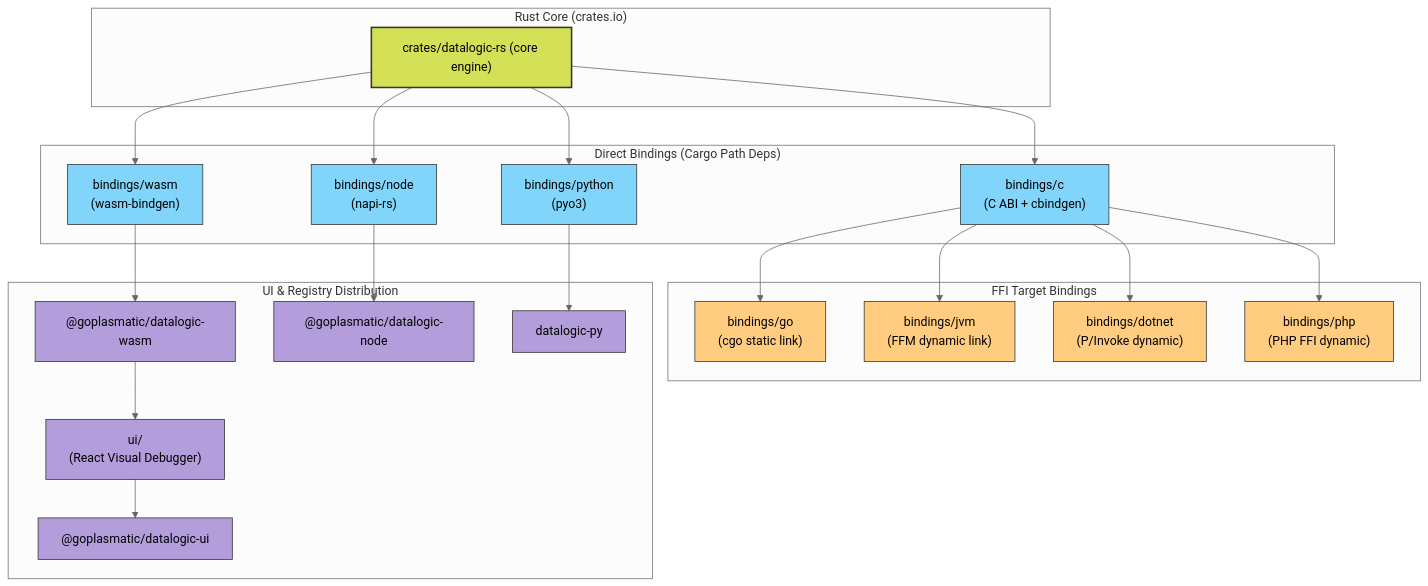
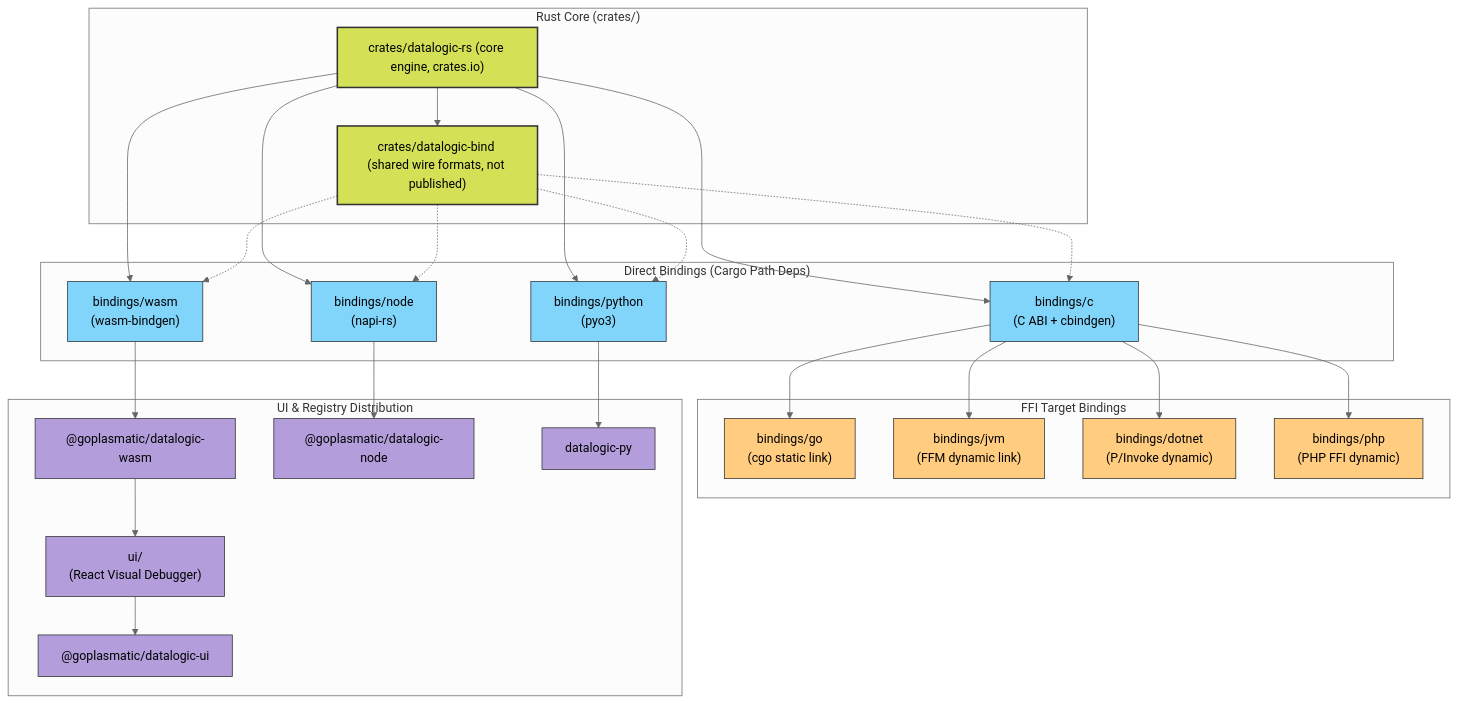
One commit to GoPlasmatic/datalogic-rs changed the first of 2 diagrams in ARCHITECTURE.md. Above: the diagram before and after it, drawn with Mermaid (neutral theme). The commit also changed other lines of this file and 94 other files, not shown here.

````diff
--- a/ARCHITECTURE.md
+++ b/ARCHITECTURE.md
@@ -6,60 +6,66 @@
 ```mermaid
 graph TD
     %% Core Engine
-    subgraph Core ["Rust Core (crates.io)"]
-        Engine["crates/datalogic-rs (core engine)"]
+    subgraph Core ["Rust Core (crates/)"]
+        Engine["crates/datalogic-rs (core engine, crates.io)"]
+        Bind["crates/datalogic-bind (shared wire formats, not published)"]
     end
 
     %% Direct Bindings
     subgraph Direct ["Direct Bindings (Cargo Path Deps)"]
         WASM["bindings/wasm <br> (wasm-bindgen)"]
         Node["bindings/node <br> (napi-rs)"]
         Python["bindings/python <br> (pyo3)"]
         C_FFI["bindings/c <br> (C ABI + cbindgen)"]
     end
 
     %% FFI Consumers
     subgraph Consumers ["FFI Target Bindings"]
         Go["bindings/go <br> (cgo static link)"]
         JVM["bindings/jvm <br> (FFM dynamic link)"]
         DotNet["bindings/dotnet <br> (P/Invoke dynamic)"]
         PHP["bindings/php <br> (PHP FFI dynamic)"]
     end
 
     %% Ecosystem / UI
     subgraph UI_Ecosystem ["UI & Registry Distribution"]
         UI["ui/ <br> (React Visual Debugger)"]
         NPM_WASM["@goplasmatic/datalogic-wasm"]
         NPM_NODE["@goplasmatic/datalogic-node"]
         PyPI["datalogic-py"]
         NPM_UI["@goplasmatic/datalogic-ui"]
     end
 
     %% Relationships
+    Engine --> Bind
     Engine --> WASM
     Engine --> Node
     Engine --> Python
     Engine --> C_FFI
-    
+    Bind -.-> WASM
+    Bind -.-> Node
+    Bind -.-> Python
+    Bind -.-> C_FFI
+
     C_FFI --> Go
     C_FFI --> JVM
     C_FFI --> DotNet
     C_FFI --> PHP
 
     WASM --> NPM_WASM
     Node --> NPM_NODE
     Python --> PyPI
     
     NPM_WASM --> UI
     UI --> NPM_UI
     
     classDef core fill:#d4e157,stroke:#333,stroke-width:2px,color:#000;
     classDef binding fill:#81d4fa,stroke:#333,stroke-width:1px,color:#000;
     classDef consumer fill:#ffcc80,stroke:#333,stroke-width:1px,color:#000;
     classDef ui fill:#b39ddb,stroke:#333,stroke-width:1px,color:#000;
     
-    class Engine core;
+    class Engine,Bind core;
     class WASM,Node,Python,C_FFI binding;
     class Go,JVM,DotNet,PHP consumer;
     class UI,NPM_WASM,NPM_NODE,PyPI,NPM_UI ui;
 ```
````
